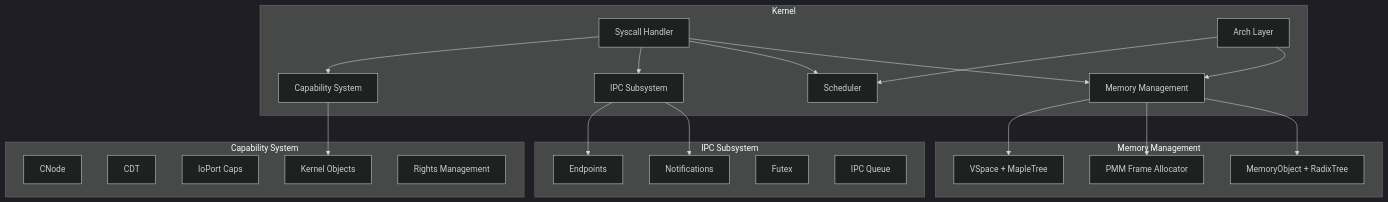
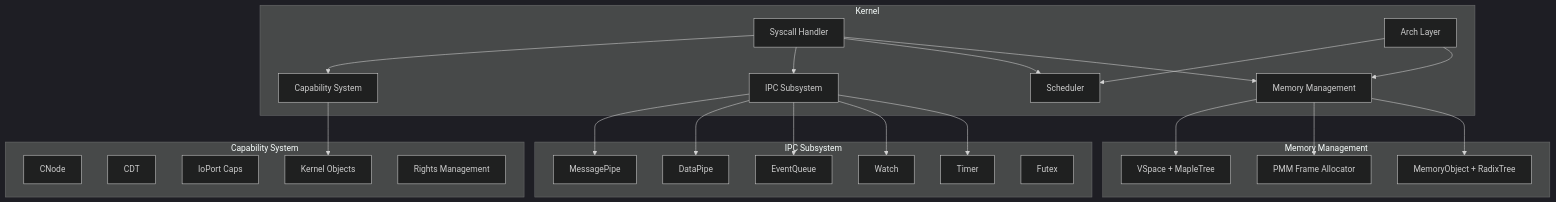
One commit to SaltyOS/SaltyOS changed the first of 6 diagrams in docs/ARCHITECTURE.md. Above: the diagram before and after it, drawn with Mermaid (dark theme). The commit also changed other lines of this file and 1247 other files, not shown here.

````diff
--- a/docs/ARCHITECTURE.md
+++ b/docs/ARCHITECTURE.md
@@ -54,47 +54,52 @@
 ```mermaid
 graph TB
     subgraph Kernel
         CAP[Capability System]
         IPC[IPC Subsystem]
         SCHED[Scheduler]
         MM[Memory Management]
         SYSCALL[Syscall Handler]
         ARCH[Arch Layer]
     end
 
     subgraph "IPC Subsystem"
-        EP[Endpoints]
-        NOTIF[Notifications]
+        MP[MessagePipe]
+        DP[DataPipe]
+        EQ[EventQueue]
+        WATCH[Watch]
+        TMR[Timer]
         FUTEX[Futex]
-        QUEUE[IPC Queue]
     end
 
     subgraph "Memory Management"
         VSPACE[VSpace + MapleTree]
         FRAME[PMM Frame Allocator]
         MO[MemoryObject + RadixTree]
     end
 
     subgraph "Capability System"
         CNODE[CNode]
         CDT[CDT]
         IOPORT[IoPort Caps]
         KOBJ[Kernel Objects]
         RIGHTS[Rights Management]
     end
 
     SYSCALL --> CAP
     SYSCALL --> IPC
     SYSCALL --> SCHED
     SYSCALL --> MM
 
     CAP --> KOBJ
-    IPC --> EP
-    IPC --> NOTIF
+    IPC --> MP
+    IPC --> DP
+    IPC --> EQ
+    IPC --> WATCH
+    IPC --> TMR
     MM --> VSPACE
     MM --> FRAME
     MM --> MO
 
     ARCH --> SCHED
     ARCH --> MM
 ```
````
